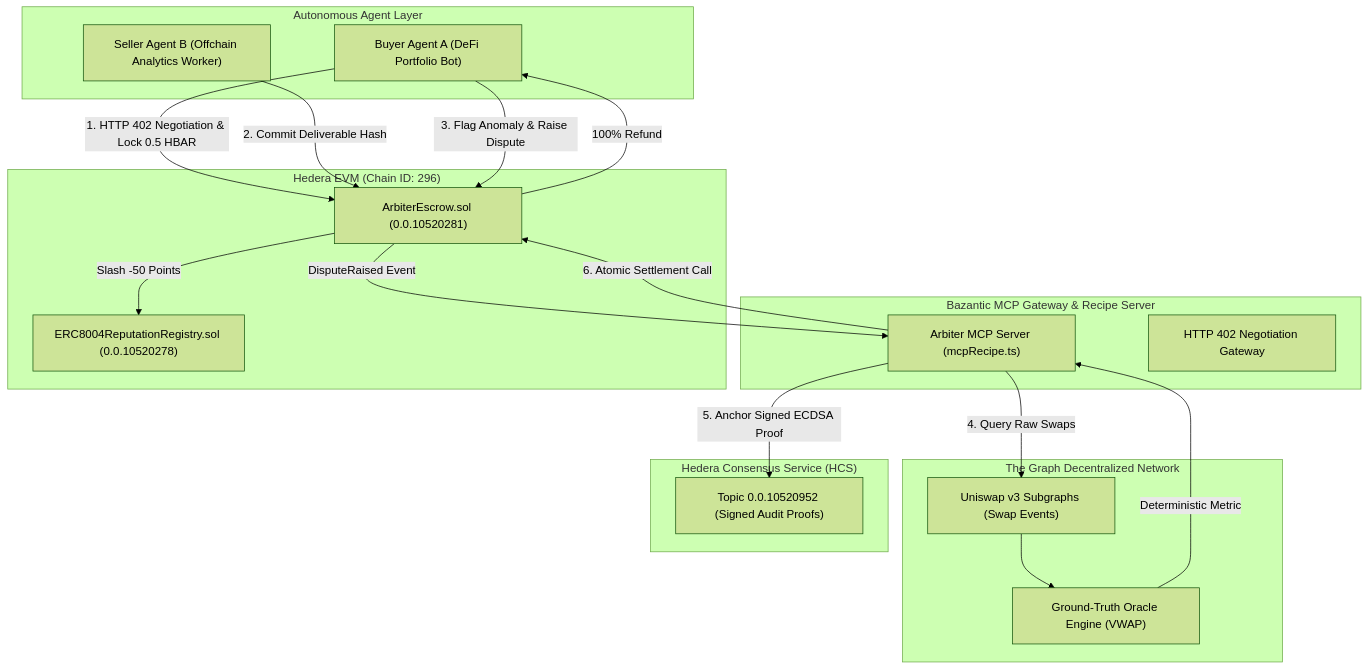
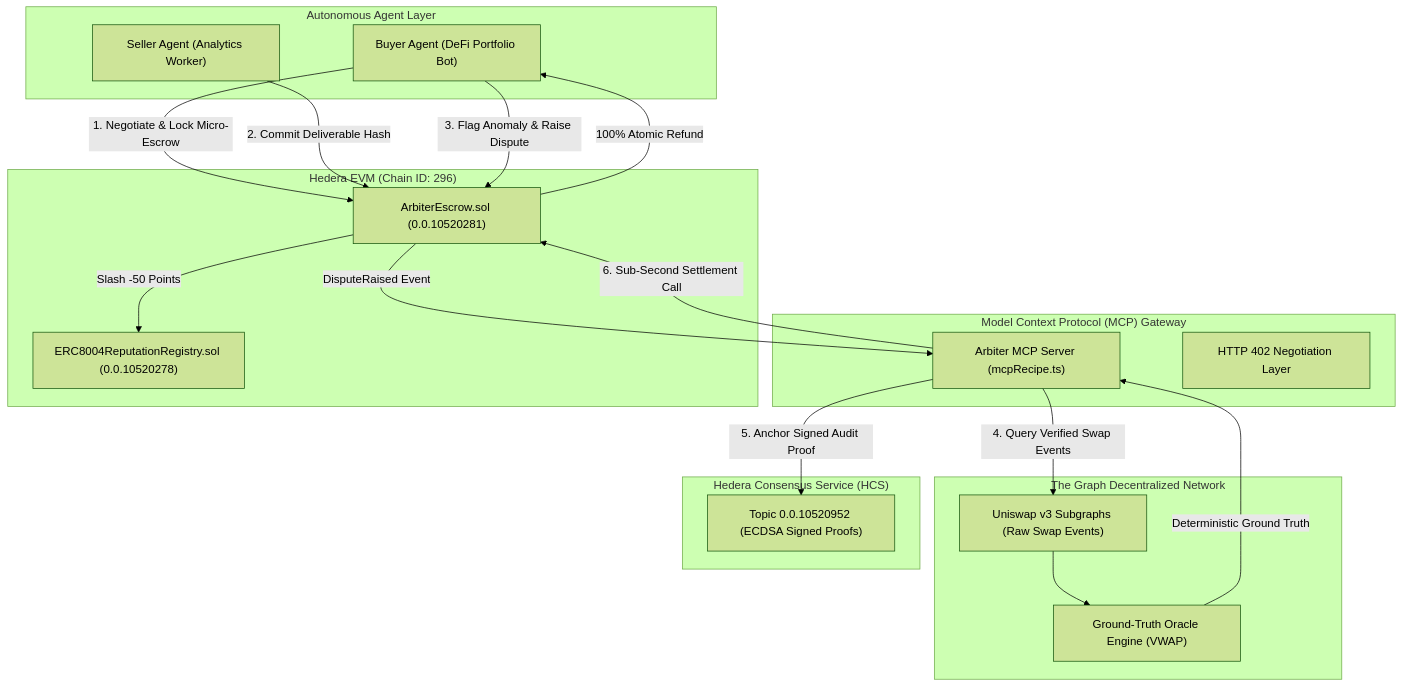
One commit to Blockspade/Arbiter402 changed the first of 2 diagrams in README.md. Above: the diagram before and after it, drawn with Mermaid (forest theme). The commit also changed other lines of this file, not shown here.

Commit message:
docs: upgrade README with protocol architecture, value proposition, and interface specifications

````diff
--- a/README.md
+++ b/README.md
@@ -106,38 +140,38 @@
 ```mermaid
 flowchart TD
     subgraph Agents ["Autonomous Agent Layer"]
-        A["Buyer Agent A (DeFi Portfolio Bot)"]
-        B["Seller Agent B (Offchain Analytics Worker)"]
+        A["Buyer Agent (DeFi Portfolio Bot)"]
+        B["Seller Agent (Analytics Worker)"]
     end
 
-    subgraph BazanticMCP ["Bazantic MCP Gateway & Recipe Server"]
+    subgraph MCPGateway ["Model Context Protocol (MCP) Gateway"]
         MCP["Arbiter MCP Server (mcpRecipe.ts)"]
-        HTTP402["HTTP 402 Negotiation Gateway"]
+        HTTP402["HTTP 402 Negotiation Layer"]
     end
 
     subgraph HederaEVM ["Hedera EVM (Chain ID: 296)"]
         ESCROW["ArbiterEscrow.sol (0.0.10520281)"]
         REP["ERC8004ReputationRegistry.sol (0.0.10520278)"]
     end
 
-    subgraph TheGraph ["The Graph Decentralized Network"]
-        SUBGRAPH["Uniswap v3 Subgraphs (Swap Events)"]
+    subgraph TheGraphNetwork ["The Graph Decentralized Network"]
+        SUBGRAPH["Uniswap v3 Subgraphs (Raw Swap Events)"]
         GROUNDTRUTH["Ground-Truth Oracle Engine (VWAP)"]
     end
 
     subgraph HederaHCS ["Hedera Consensus Service (HCS)"]
-        TOPIC["Topic 0.0.10520952 (Signed Audit Proofs)"]
+        TOPIC["Topic 0.0.10520952 (ECDSA Signed Proofs)"]
     end
 
-    A -- "1. HTTP 402 Negotiation & Lock 0.5 HBAR" --> ESCROW
+    A -- "1. Negotiate & Lock Micro-Escrow" --> ESCROW
     B -- "2. Commit Deliverable Hash" --> ESCROW
     A -- "3. Flag Anomaly & Raise Dispute" --> ESCROW
     ESCROW -- "DisputeRaised Event" --> MCP
-    MCP -- "4. Query Raw Swaps" --> SUBGRAPH
+    MCP -- "4. Query Verified Swap Events" --> SUBGRAPH
     SUBGRAPH --> GROUNDTRUTH
-    GROUNDTRUTH -- "Deterministic Metric" --> MCP
-    MCP -- "5. Anchor Signed ECDSA Proof" --> TOPIC
-    MCP -- "6. Atomic Settlement Call" --> ESCROW
-    ESCROW -- "100% Refund" --> A
+    GROUNDTRUTH -- "Deterministic Ground Truth" --> MCP
+    MCP -- "5. Anchor Signed Audit Proof" --> TOPIC
+    MCP -- "6. Sub-Second Settlement Call" --> ESCROW
+    ESCROW -- "100% Atomic Refund" --> A
     ESCROW -- "Slash -50 Points" --> REP
 ```
````
